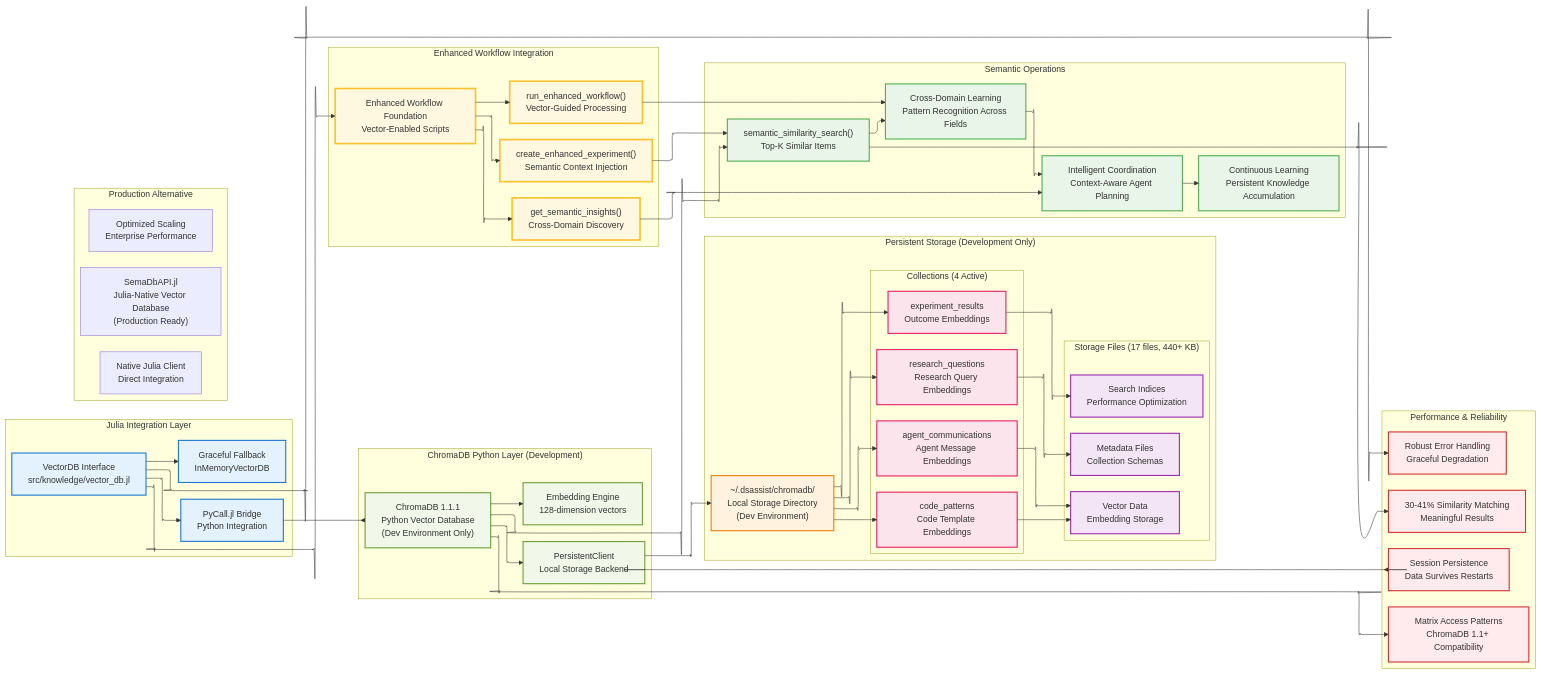
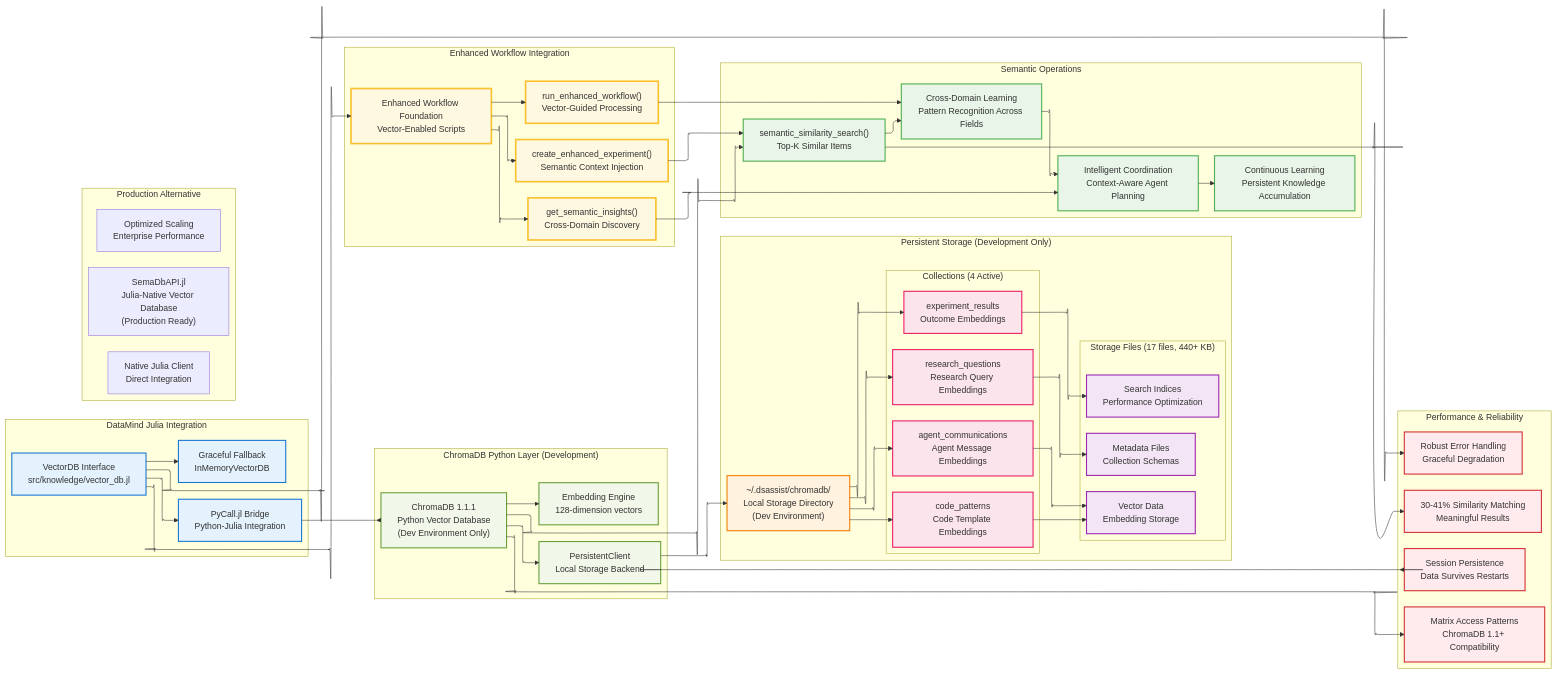
One commit to rljonesiii/datamind changed the third of 8 diagrams in docs/architecture_diagrams.md. Above: the diagram before and after it, drawn with Mermaid. The commit also changed other lines of this file and 119 other files, not shown here.

````diff
--- a/docs/architecture_diagrams.md
+++ b/docs/architecture_diagrams.md
@@ -241,8 +245,8 @@
 ```mermaid
 %%{init: {"flowchart": {"htmlLabels": true, "curve": "cardinal", "useMaxWidth": true}, "layout": "elk"}}%%
 graph LR
-    subgraph "Julia Integration Layer"
-        PYCALL["PyCall.jl Bridge<br/>Python Integration"]
+    subgraph "DataMind Julia Integration"
+        PYCALL["PyCall.jl Bridge<br/>Python-Julia Integration"]
         VDB_INTERFACE["VectorDB Interface<br/>src/knowledge/vector_db.jl"]
         FALLBACK["Graceful Fallback<br/>InMemoryVectorDB"]
     end
````
